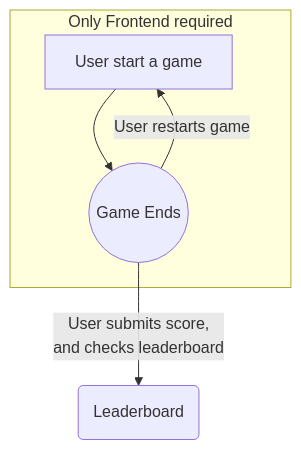
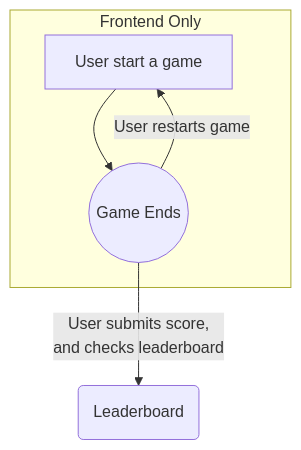
One commit to tiggercwh/catcher changed the diagram in README.md. Above: the diagram before and after it, drawn with Mermaid. The commit also changed other lines of this file, not shown here.

Commit message:
chore: change readme wordings

````diff
--- a/README.md
+++ b/README.md
@@ -33,8 +33,8 @@
 ```mermaid
 graph TB
     A[User start a game]  --> B((Game Ends))
-    subgraph Only Frontend required
+    subgraph Frontend Only
     B -- User restarts game --> A
     end
     B -- User submits score, <br/> and checks leaderboard--> C(Leaderboard)
 ```
````
